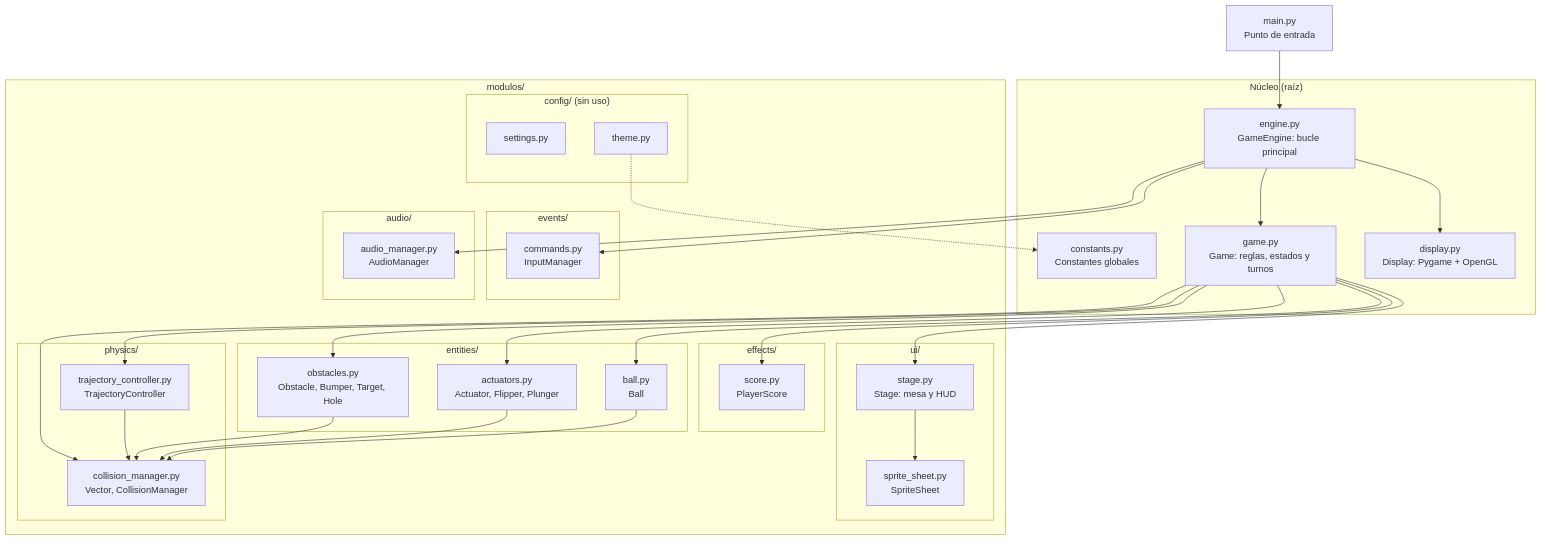
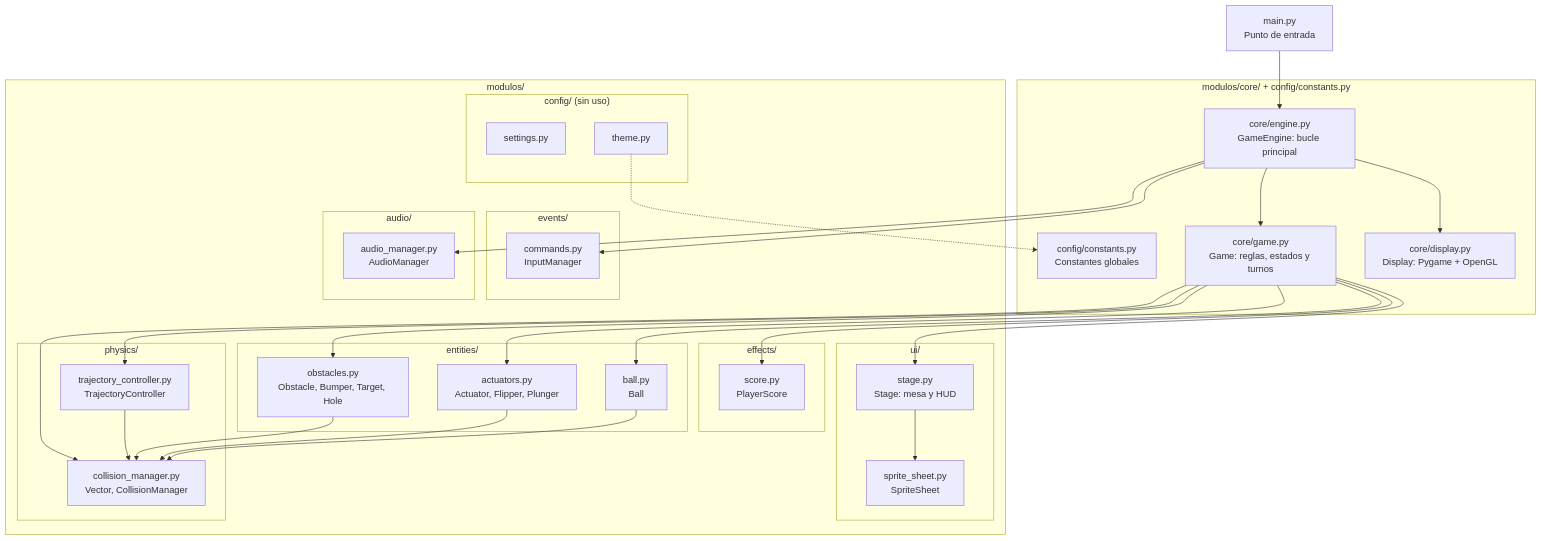
Before and after one commit to EthanAbner/TAC-III-Pinball: the first of 2 diagrams in docs/resumen_arquitectura.md, drawn with Mermaid. The commit also changed other lines of this file and 27 other files, not shown here.

First line of the commit message:
Mover núcleo do jogo para modulos/ e remover cópias da raiz

````diff
--- a/docs/resumen_arquitectura.md
+++ b/docs/resumen_arquitectura.md
@@ -7,58 +7,58 @@
 ```mermaid
 flowchart TD
     MAIN["main.py<br/>Punto de entrada"] --> ENGINE
 
-    subgraph NUCLEO["Núcleo (raíz)"]
-        ENGINE["engine.py<br/>GameEngine: bucle principal"]
-        GAME["game.py<br/>Game: reglas, estados y turnos"]
-        DISPLAY["display.py<br/>Display: Pygame + OpenGL"]
-        CONST["constants.py<br/>Constantes globales"]
+    subgraph NUCLEO["modulos/core/ + config/constants.py"]
+        ENGINE["core/engine.py<br/>GameEngine: bucle principal"]
+        GAME["core/game.py<br/>Game: reglas, estados y turnos"]
+        DISPLAY["core/display.py<br/>Display: Pygame + OpenGL"]
+        CONST["config/constants.py<br/>Constantes globales"]
     end
 
     subgraph MODULOS["modulos/"]
         subgraph EVENTS["events/"]
             COMMANDS["commands.py<br/>InputManager"]
         end
         subgraph AUDIO["audio/"]
             AUDIOM["audio_manager.py<br/>AudioManager"]
         end
         subgraph UI["ui/"]
             STAGE["stage.py<br/>Stage: mesa y HUD"]
             SPRITE["sprite_sheet.py<br/>SpriteSheet"]
         end
         subgraph EFFECTS["effects/"]
             SCORE["score.py<br/>PlayerScore"]
         end
         subgraph ENTITIES["entities/"]
             BALL["ball.py<br/>Ball"]
             ACT["actuators.py<br/>Actuator, Flipper, Plunger"]
             OBS["obstacles.py<br/>Obstacle, Bumper, Target, Hole"]
         end
         subgraph PHYSICS["physics/"]
             TRAJ["trajectory_controller.py<br/>TrajectoryController"]
             COLL["collision_manager.py<br/>Vector, CollisionManager"]
         end
         subgraph CONFIG["config/ (sin uso)"]
             SETTINGS["settings.py"]
             THEME["theme.py"]
         end
     end
 
     ENGINE --> DISPLAY
     ENGINE --> GAME
     ENGINE --> COMMANDS
     ENGINE --> AUDIOM
     GAME --> STAGE
     GAME --> SCORE
     GAME --> BALL
     GAME --> ACT
     GAME --> OBS
     GAME --> TRAJ
     GAME --> COLL
     STAGE --> SPRITE
     BALL --> COLL
     ACT --> COLL
     OBS --> COLL
     TRAJ --> COLL
     THEME -.-> CONST
 ```
````
